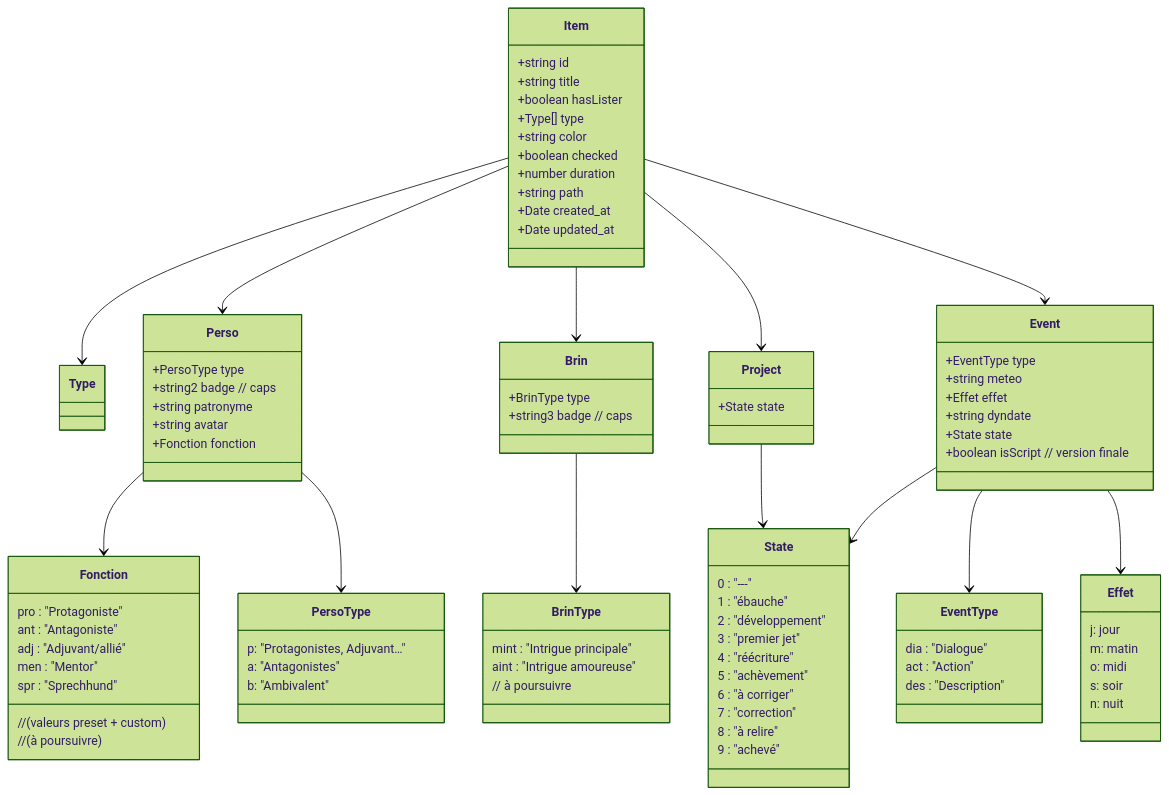
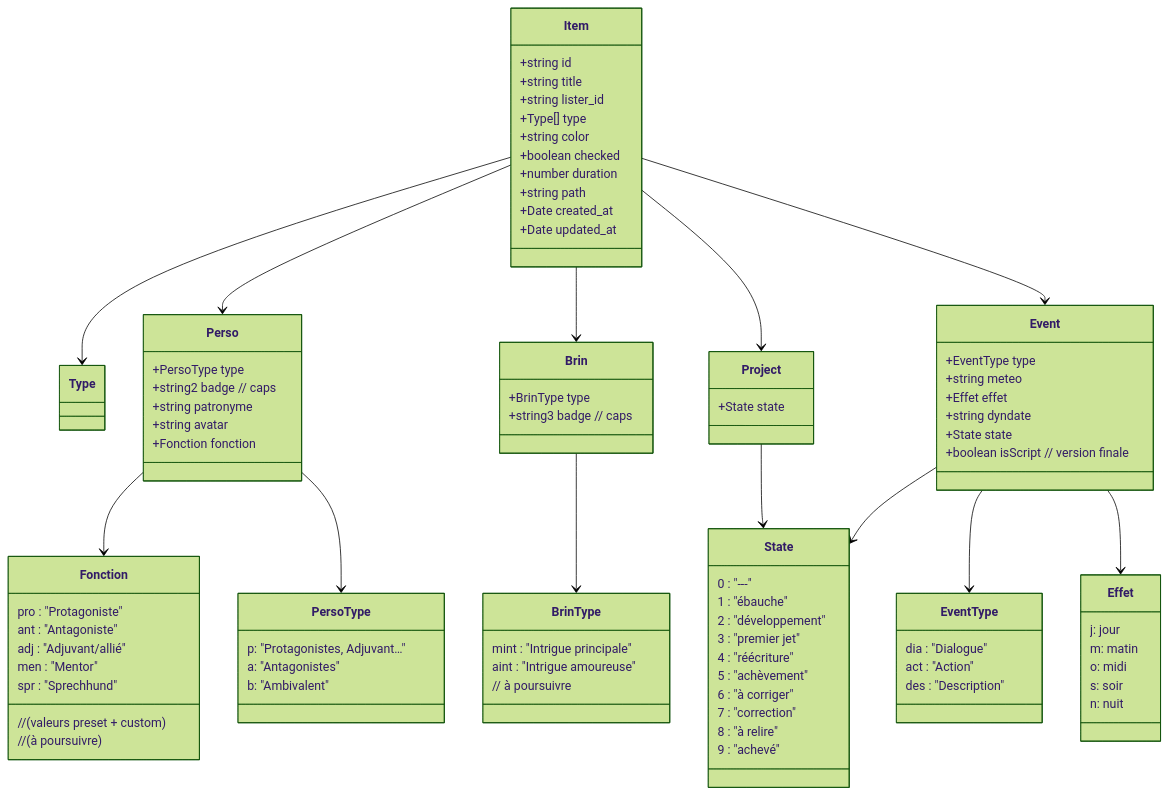
Before and after one commit to PhilippePerret/Eventer3: the second of 3 diagrams in dev/Specs-modeles.md, drawn with Mermaid (forest theme). The commit also changed other lines of this file and 33 other files, not shown here.

```diff
--- a/dev/Specs-modeles.md
+++ b/dev/Specs-modeles.md
@@ -140,7 +132,7 @@
 	class Item {
 		+string id
 		+string title
-		+boolean hasLister
+		+string lister_id
 		+Type[] type
 		+string color
 		+boolean checked
```
